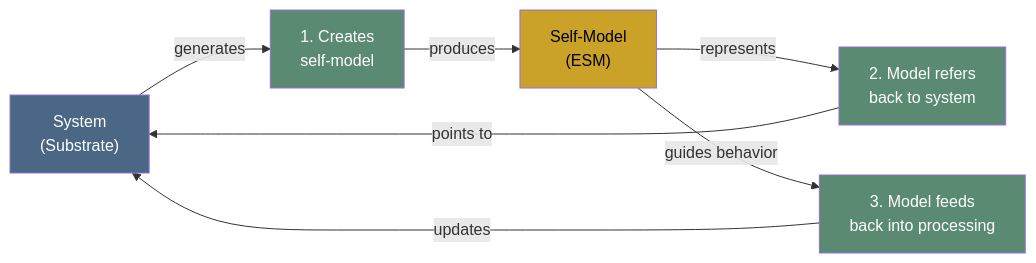
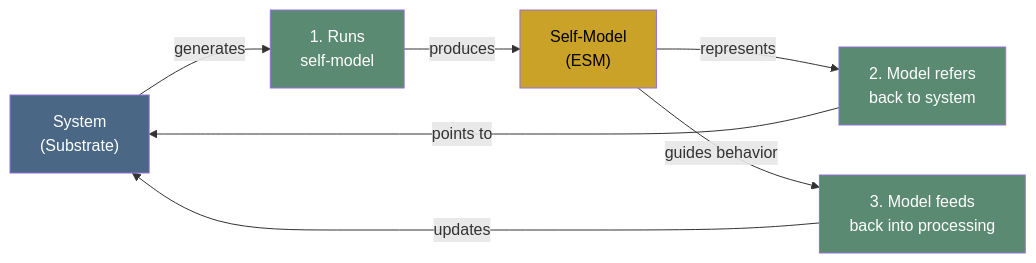
The diagram in wiki/core-architecture/core-definition.md (JeltzProstetnic/aIware), drawn with Mermaid before and after one commit. The commit also changed other lines of this file and 42 other files, not shown here.

````diff
--- a/wiki/core-architecture/core-definition.md
+++ b/wiki/core-architecture/core-definition.md
@@ -39,21 +45,21 @@
 ```mermaid
 graph LR
     System["System<br/>(Substrate)"]
-    Create["1. Creates<br/>self-model"]
+    Create["1. Runs<br/>self-model"]
     Model["Self-Model<br/>(ESM)"]
     Relate["2. Model refers<br/>back to system"]
     Interact["3. Model feeds<br/>back into processing"]
 
     System -->|"generates"| Create
     Create -->|"produces"| Model
     Model -->|"represents"| Relate
     Relate -->|"points to"| System
     Model -->|"guides behavior"| Interact
     Interact -->|"updates"| System
 
     style System fill:#4a6785,color:#fff
     style Model fill:#c9a227,color:#000
     style Create fill:#5b8a72,color:#fff
     style Relate fill:#5b8a72,color:#fff
     style Interact fill:#5b8a72,color:#fff
 ```
````
